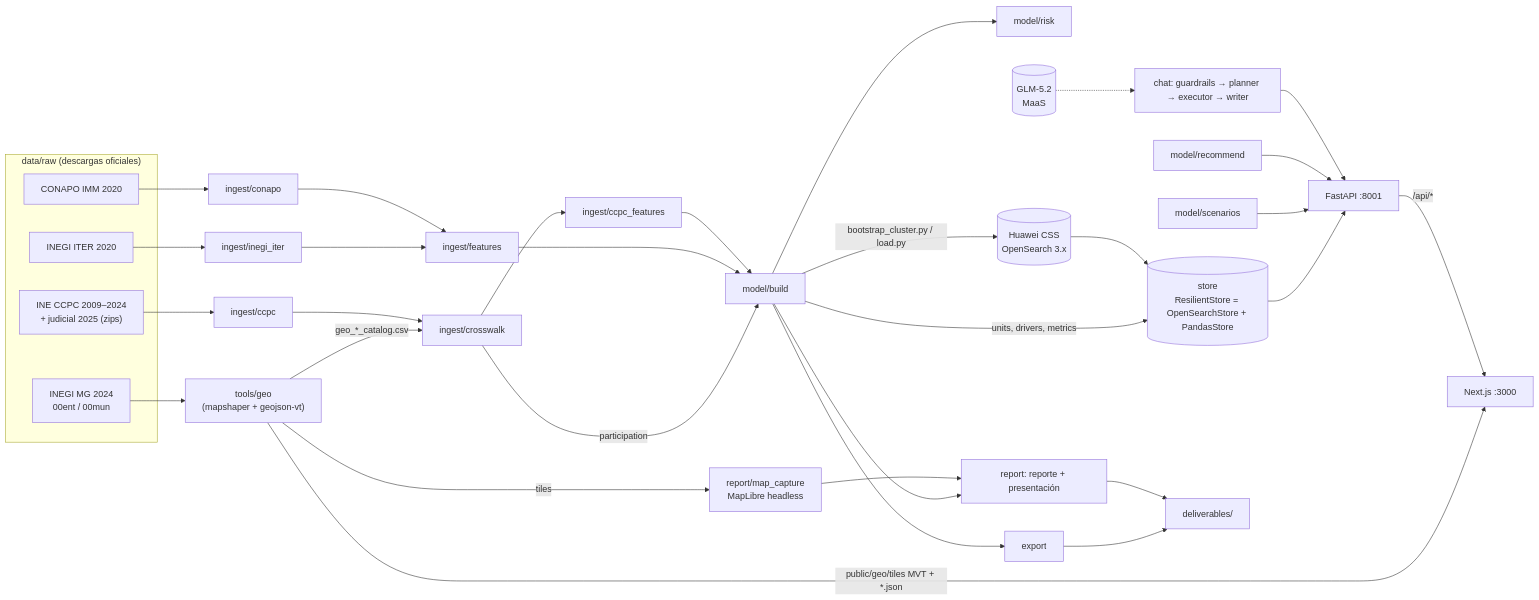
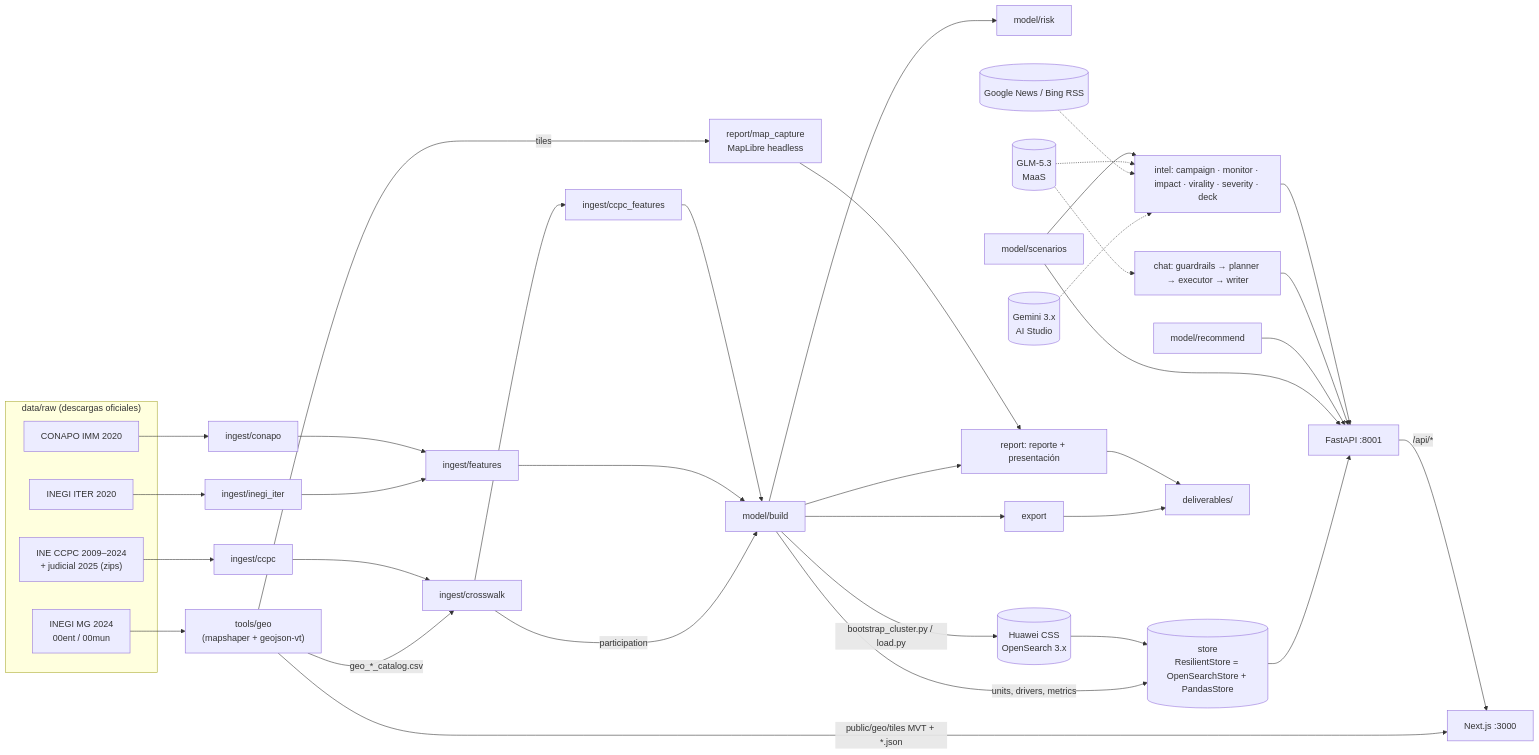
Before and after one commit to MrAres259/INE-Hackathon-OXENT: the diagram in explanation.md, drawn with Mermaid. The commit also changed other lines of this file, not shown here.

Commit message:
explanation.md: AI intelligence tabs (campaign planner, INE news monitor) mapped to modules, GLM-5.3 reasoning effort, Gemini + RSS fallback, layout modes for every screen size, modal guide and anchored tooltip, updated API, config, tests and limitations

````diff
--- a/explanation.md
+++ b/explanation.md
@@ -33,33 +35,38 @@
 ```mermaid
 flowchart LR
   subgraph RAW["data/raw (descargas oficiales)"]
     CCPC["INE CCPC 2009–2024<br/>+ judicial 2025 (zips)"]
     ITER["INEGI ITER 2020"]
     IMM["CONAPO IMM 2020"]
     SHP["INEGI MG 2024<br/>00ent / 00mun"]
   end
   SHP --> GEO["tools/geo<br/>(mapshaper + geojson-vt)"]
   GEO -->|public/geo/tiles MVT + *.json| WEB
   GEO -->|tiles| CAP[report/map_capture<br/>MapLibre headless]
   GEO -->|geo_*_catalog.csv| CW
   CCPC --> CC[ingest/ccpc] --> CW[ingest/crosswalk]
   ITER --> IT[ingest/inegi_iter] --> FE[ingest/features]
   IMM --> CO[ingest/conapo] --> FE
   CW --> CF[ingest/ccpc_features]
   CW -->|participation| MB
   FE --> MB[model/build]
   CF --> MB
   MB --> RK[model/risk] 
   MB -->|units, drivers, metrics| ST[(store<br/>ResilientStore = OpenSearchStore + PandasStore)]
   MB -->|bootstrap_cluster.py / load.py| CSS[(Huawei CSS<br/>OpenSearch 3.x)]
   CSS --> ST
   ST --> API[FastAPI :8001]
   SC[model/scenarios] --> API
   RC[model/recommend] --> API
   CHAT[chat: guardrails → planner → executor → writer] --> API
-  LLM[(GLM-5.2<br/>MaaS)] -.-> CHAT
+  LLM[(GLM-5.3<br/>MaaS)] -.-> CHAT
+  INTEL[intel: campaign · monitor · impact · virality · severity · deck] --> API
+  GEM[(Gemini 3.x<br/>AI Studio)] -.-> INTEL
+  RSS[(Google News / Bing RSS)] -.-> INTEL
+  LLM -.-> INTEL
+  SC --> INTEL
   API -->|/api/*| WEB[Next.js :3000]
   MB --> EX[export] --> DEL[deliverables/]
   MB --> REP[report: reporte + presentación] --> DEL
   CAP --> REP
 ```
````
